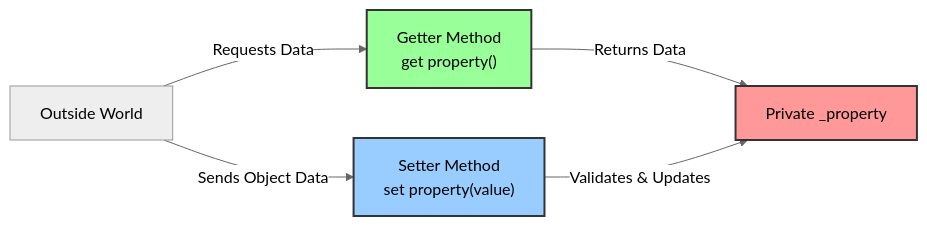
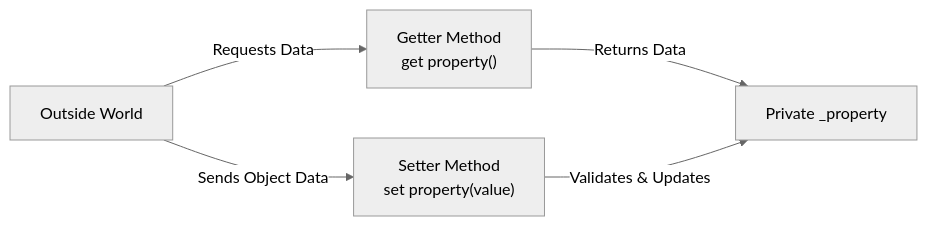
The fourth of 8 diagrams in 01 BE A TYPESCRIPT TECHNOCRAT/MODULE 03.OOP IN TYPESCRIPT/README.md (muntasir24/Programming-Hero-Level-2), drawn with Mermaid (neutral theme) before and after one commit. The commit also changed other lines of this file, not shown here.

````diff
--- a/01 BE A TYPESCRIPT TECHNOCRAT/MODULE 03.OOP IN TYPESCRIPT/README.md
+++ b/01 BE A TYPESCRIPT TECHNOCRAT/MODULE 03.OOP IN TYPESCRIPT/README.md
@@ -830,11 +827,8 @@
 ```mermaid
 flowchart LR
     Outside[Outside World] -- Requests Data --> Getter["Getter Method \n get property()"]
     Getter -- Returns Data --> Private[Private _property]
     Outside -- Sends Object Data --> Setter["Setter Method \n set property(value)"]
     Setter -- Validates & Updates --> Private
     
-    style Private fill:#ff9999,stroke:#333,stroke-width:2px
-    style Getter fill:#99ff99,stroke:#333,stroke-width:2px
-    style Setter fill:#99ccff,stroke:#333,stroke-width:2px
 ```
````
